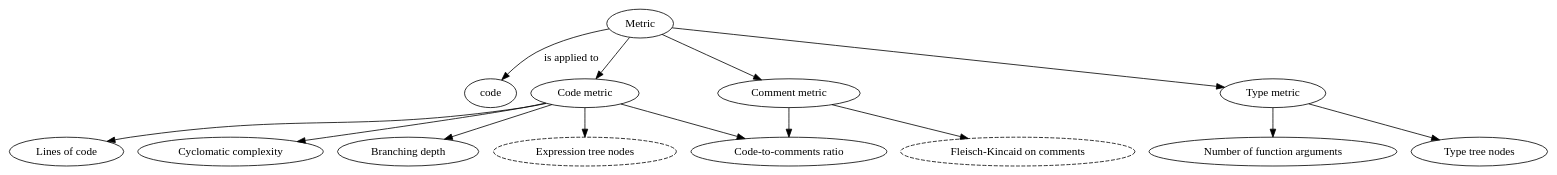
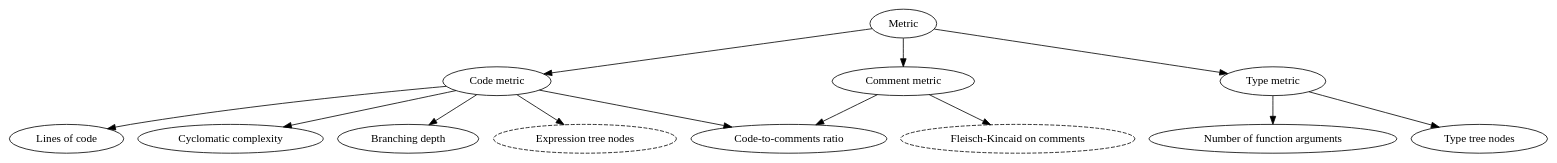
One commit to migamake/homplexity changed the diagram in docs/metrics.dot. Above: the diagram before and after it, drawn with Graphviz. The commit also changed 11 other files, not shown here.

```diff
--- a/docs/metrics.dot
+++ b/docs/metrics.dot
@@ -1,29 +1,27 @@
-digraph Concepts {
-  //rankdir=LR;
-  style=plaintext;
-  overlap=false;
-
-  Metric -> code [label="is applied to"];
+digraph Metrics {
+  rankdir=TB;
+  //style=plaintext;
+  //overlap=false;
 
   Metric -> CodeMetric;
   CodeMetric [label="Code metric"];
   Metric -> TypeMetric;
   TypeMetric [label="Type metric"];
   Metric -> CommentMetric;
   CommentMetric [label="Comment metric"];
 
   CodeMetric -> "Lines of code";
   CodeMetric -> "Cyclomatic complexity";
   CodeMetric -> "Branching depth";
   CodeMetric -> ExprNodes;
   ExprNodes [label="Expression tree nodes",style="dashed"];
   CodeMetric -> CodeCommentRatio;
   
   TypeMetric -> "Type tree nodes";
   TypeMetric -> "Number of function arguments";
   
   CommentMetric -> FleschComments;
   FleschComments [label="Fleisch-Kincaid on comments",style="dashed"];
   CommentMetric -> CodeCommentRatio;
   CodeCommentRatio [label="Code-to-comments ratio"];
 }
```
